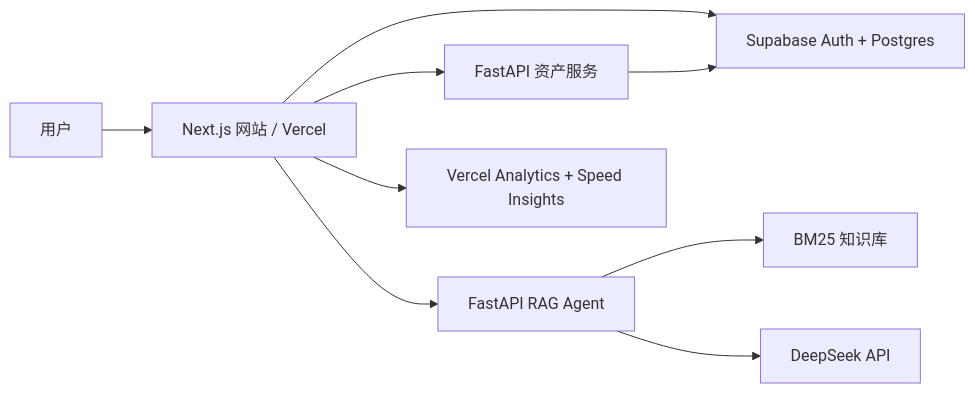
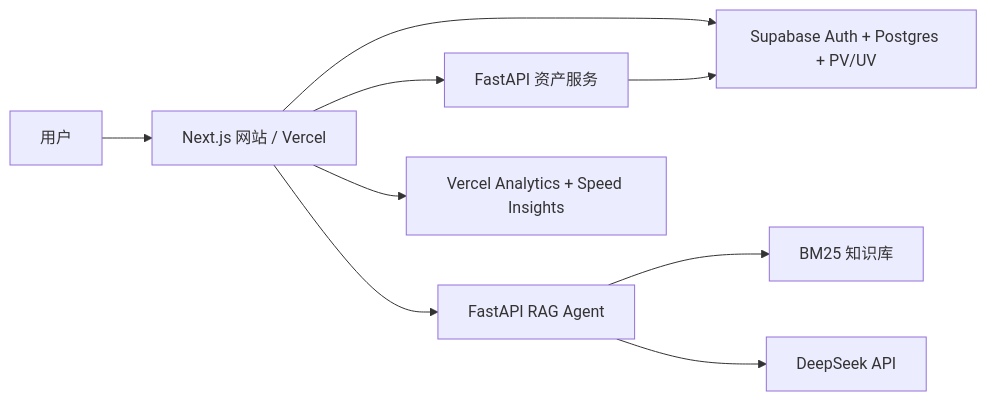
Before and after one commit to fengyh0916-source/us-stock-rag-guide: the diagram in README.md, drawn with Mermaid. The commit also changed other lines of this file and 8 other files, not shown here.

````diff
--- a/README.md
+++ b/README.md
@@ -17,11 +17,11 @@
 ```mermaid
 flowchart LR
   U["用户"] --> W["Next.js 网站 / Vercel"]
-  W --> S["Supabase Auth + Postgres"]
+  W --> S["Supabase Auth + Postgres + PV/UV"]
   W --> A["FastAPI RAG Agent"]
   A --> K["BM25 知识库"]
   A --> L["DeepSeek API"]
   W --> P["FastAPI 资产服务"]
   P --> S
   W --> V["Vercel Analytics + Speed Insights"]
 ```
````
